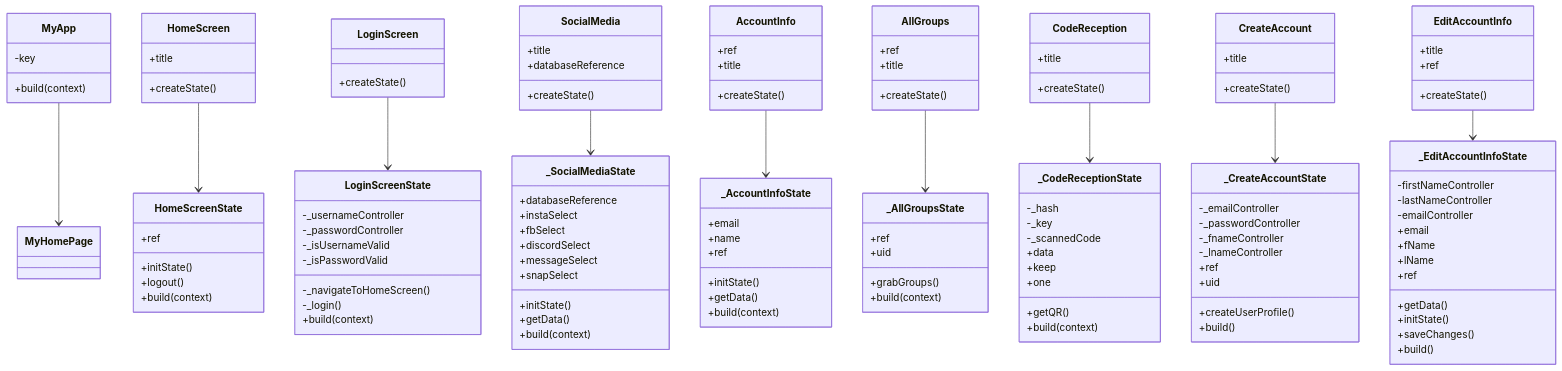
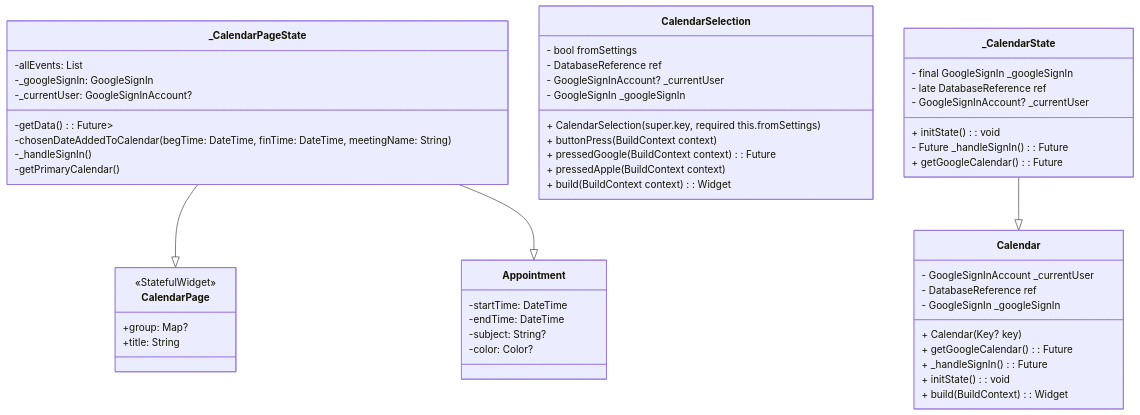
The first of 12 diagrams in documentation/docs/system-architecture/design.md (Capstone-Projects-2023-Spring/project-groupmeet), drawn with Mermaid before and after one commit. The commit also changed other lines of this file, not shown here.

````diff
--- a/documentation/docs/system-architecture/design.md
+++ b/documentation/docs/system-architecture/design.md
@@ -17,149 +17,57 @@
 ```mermaid
-classDiagram
-    class MyApp{
-      -key
-      +build(context)
+classDiagram    
+    class CalendarPage {
+        <<StatefulWidget>>
+        +group: Map<dynamic, dynamic>?
+        +title: String
+    }
+    _CalendarPageState--|>CalendarPage
+    class _CalendarPageState{
+        -allEvents: List<Appointment>
+        -getData(): Future<List<Appointment>>
+        -chosenDateAddedToCalendar(begTime: DateTime, finTime: DateTime, meetingName: String)
+        -_googleSignIn: GoogleSignIn
+        -_currentUser: GoogleSignInAccount?
+        -_handleSignIn()
+        -getPrimaryCalendar()
+    }
+    class Appointment {
+        -startTime: DateTime
+        -endTime: DateTime
+        -subject: String?
+        -color: Color?
+    }
+    _CalendarPageState --|> Appointment
+
+    class CalendarSelection {
+        - bool fromSettings
+        - DatabaseReference ref
+        - GoogleSignInAccount? _currentUser
+        - GoogleSignIn _googleSignIn
+        + CalendarSelection(super.key, required this.fromSettings)
+        + buttonPress(BuildContext context)
+        + pressedGoogle(BuildContext context): Future<void>
+        + pressedApple(BuildContext context)
+        + build(BuildContext context): Widget
     }
 
-    class HomeScreen{
-      +title
-      +createState()
+    class Calendar {
+        - GoogleSignInAccount _currentUser
+        - DatabaseReference ref
+        - GoogleSignIn _googleSignIn
+        + Calendar(Key? key)
+        + getGoogleCalendar() : Future<void>
+        + _handleSignIn() : Future<void>
+        + initState() : void
+        + build(BuildContext) : Widget
     }
-
-    class HomeScreenState{
-        +ref
-        +initState()
-        +logout()
-        +build(context)
+    class _CalendarState {
+        + initState() : void
+        - final GoogleSignIn _googleSignIn
+        - Future<void> _handleSignIn() : Future<void>
+        + getGoogleCalendar() : Future<void>
+        - late DatabaseReference ref
+        - GoogleSignInAccount? _currentUser
     }
-    
-    HomeScreen --> HomeScreenState
-    
-    class LoginScreen{
-      +createState()
-    }
-
-    class LoginScreenState{
-        -_usernameController
-        -_passwordController
-        -_isUsernameValid
-        -_isPasswordValid
-        -_navigateToHomeScreen()
-        -_login()
-        +build(context)
-    }
-    
-    LoginScreen-->LoginScreenState
-    
-    class SocialMedia{
-      +title
-      +databaseReference
-      +createState()
-    }
-
-    class _SocialMediaState{
-        +databaseReference
-        +instaSelect
-        +fbSelect
-        +discordSelect
-        +messageSelect
-        +snapSelect
-        +initState()
-        +getData()
-        +build(context)
-    }
-    
-    SocialMedia-->_SocialMediaState
-    
-    class AccountInfo{
-        +ref
-        +title
-        +createState()
-    }
-
-    class _AccountInfoState{
-        +email
-        +name
-        +ref
-        +initState()
-        +getData()
-        +build(context)
-    }
-
-    AccountInfo-->_AccountInfoState
-
-    class AllGroups{
-        +ref
-        +title
-        +createState()
-    }
-
-    class _AllGroupsState{
-        +ref
-        +uid
-        +grabGroups()
-        +build(context)
-    }
-
-    AllGroups-->_AllGroupsState
-
-    class CodeReception{
-        +title
-        +createState()
-    }
-
-    class _CodeReceptionState{
-        -_hash
-        -_key
-        -_scannedCode
-        +data
-        +keep
-        +one
-        +getQR()
-        +build(context)
-    }
-
-    CodeReception-->_CodeReceptionState
-
-    class CreateAccount{
-        +title
-        +createState()
-    }
-
-    class _CreateAccountState{
-        -_emailController
-        -_passwordController
-        -_fnameController
-        -_lnameController
-        +ref
-        +uid
-        +createUserProfile()
-        +build()
-    }
-
-    CreateAccount-->_CreateAccountState
-
-    class EditAccountInfo{
-        +title
-        +ref
-        +createState()
-    }
-
-    class _EditAccountInfoState{
-        -firstNameController
-        -lastNameController
-        -emailController
-        +email
-        +fName
-        +lName
-        +ref
-        +getData()
-        +initState()
-        +saveChanges()
-        +build()
-    }
-
-    EditAccountInfo-->_EditAccountInfoState
-    
-    MyApp-->MyHomePage
+    _CalendarState--|>Calendar
 ```
````
